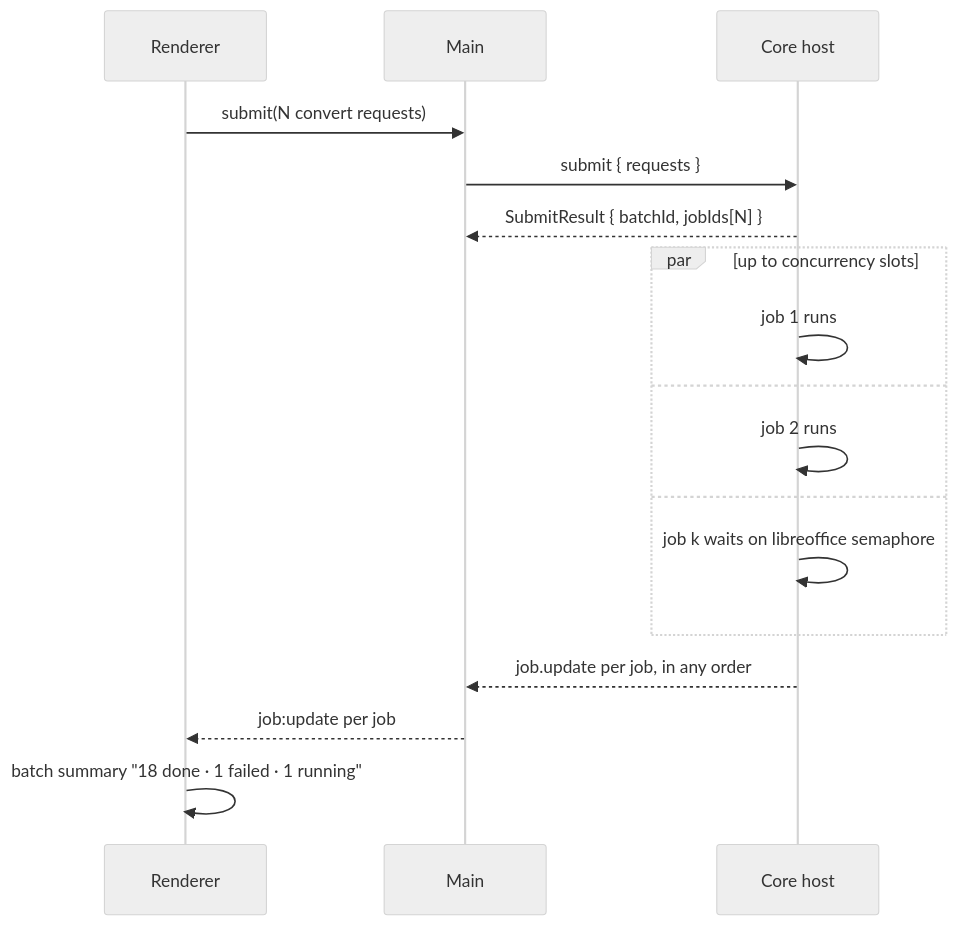
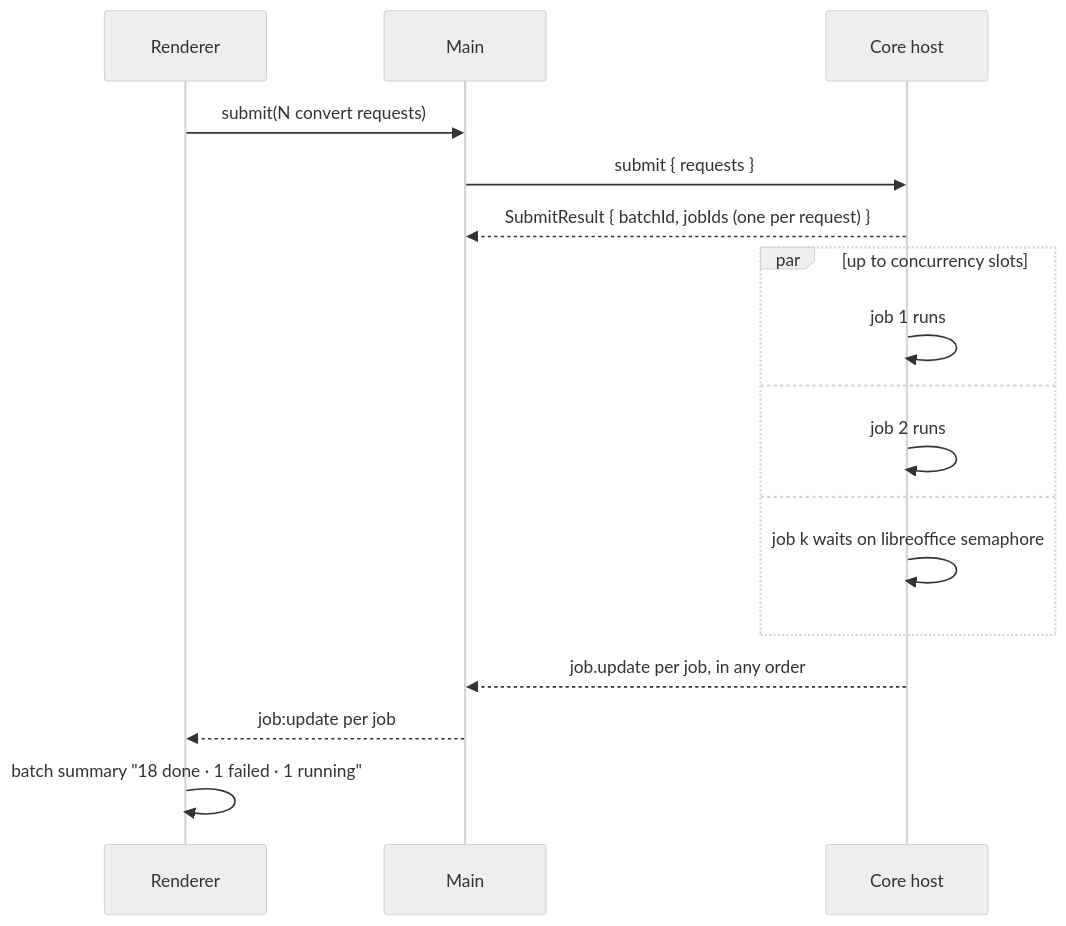
Before and after one commit to Anuragvish22/FileCon: the ninth of 19 diagrams in docs/FLOWS.md, drawn with Mermaid (neutral theme). The commit also changed other lines of this file and 26 other files, not shown here.

First line of the commit message:
M0-4: graph and routing; lint-enforced naming rule

````diff
--- a/docs/FLOWS.md
+++ b/docs/FLOWS.md
@@ -218,19 +218,19 @@
 ```mermaid
 sequenceDiagram
   participant Renderer
   participant Main
   participant Core as Core host
   Renderer->>Main: submit(N convert requests)
   Main->>Core: submit { requests }
-  Core-->>Main: SubmitResult { batchId, jobIds[N] }
+  Core-->>Main: SubmitResult { batchId, jobIds (one per request) }
   par up to concurrency slots
     Core->>Core: job 1 runs
   and
     Core->>Core: job 2 runs
   and
     Core->>Core: job k waits on libreoffice semaphore
   end
   Core-->>Main: job.update per job, in any order
   Main-->>Renderer: job:update per job
   Renderer->>Renderer: batch summary "18 done · 1 failed · 1 running"
 ```
````
